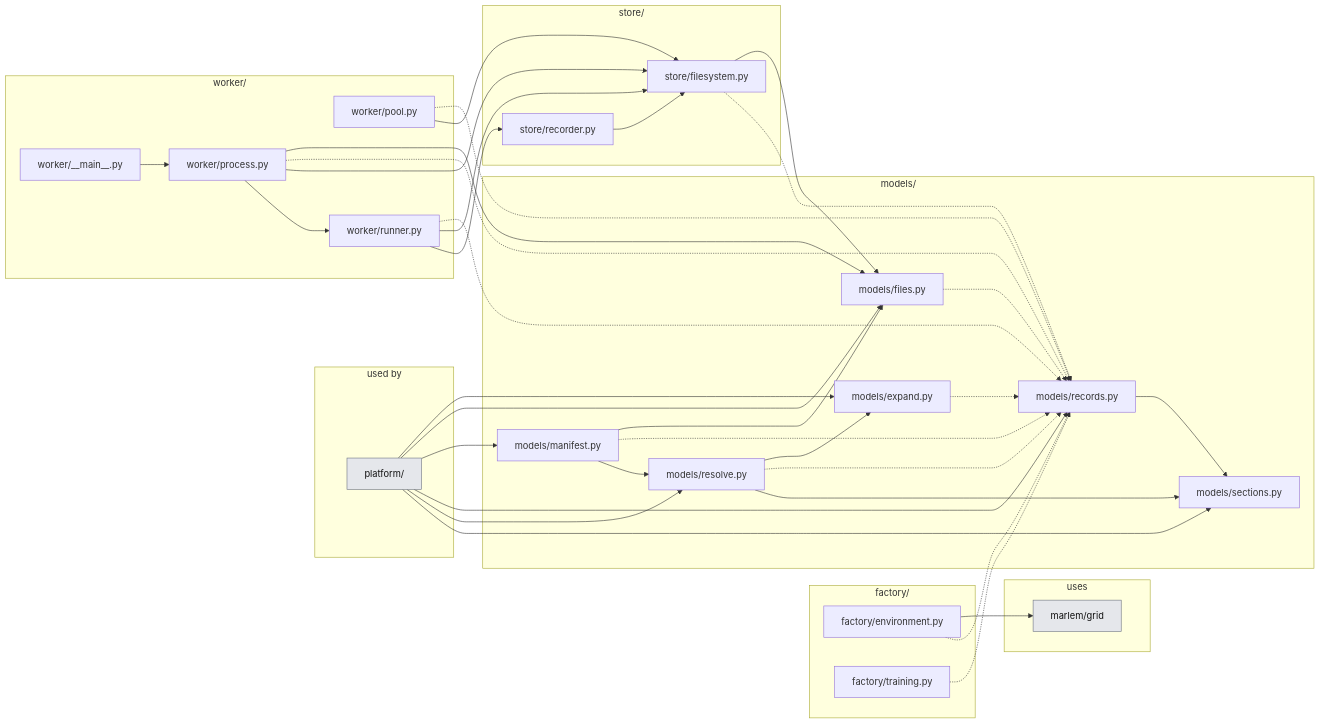
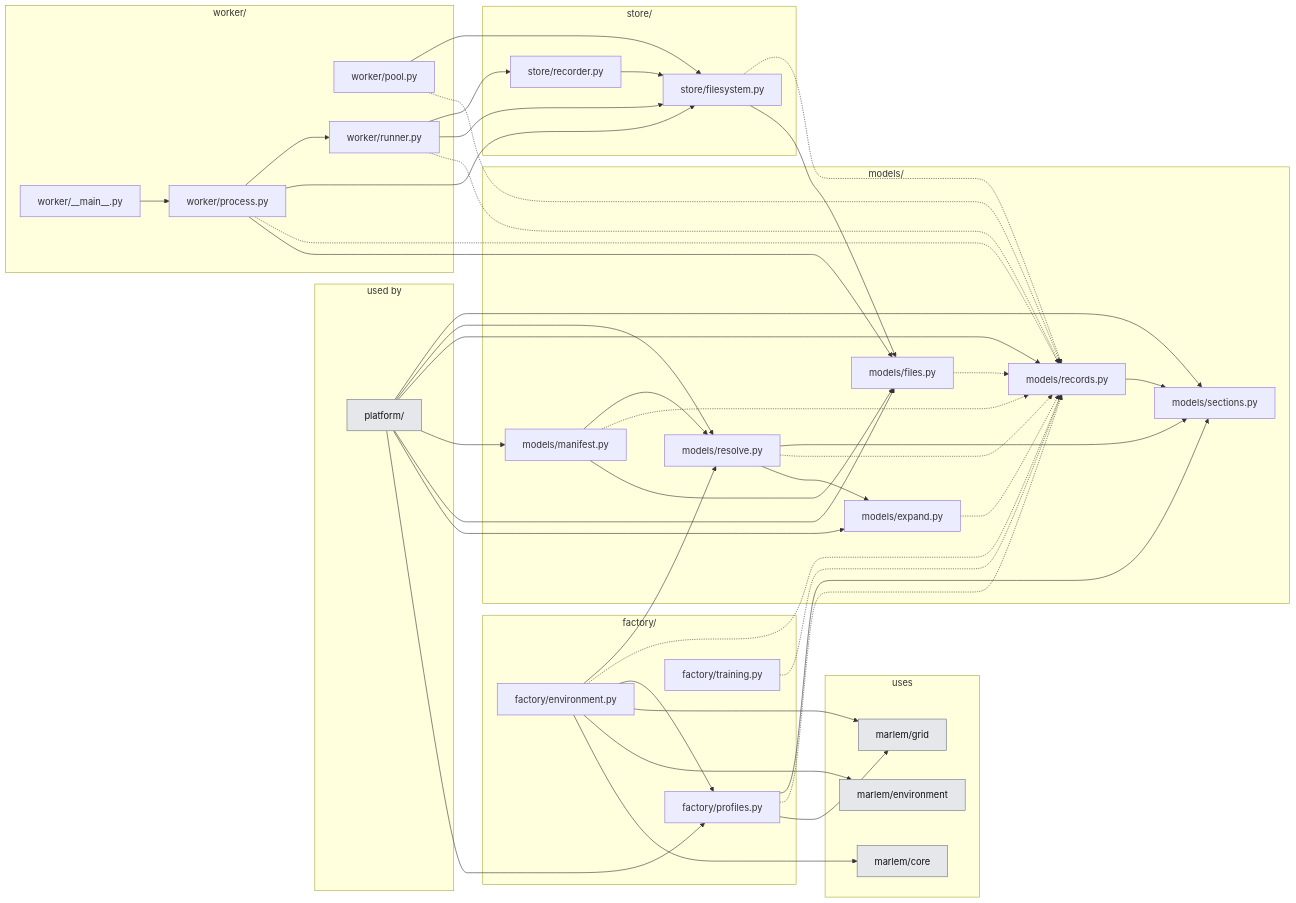
Before and after one commit to KevinRapo/P2P-thesis: the second of 4 diagrams in docs_thesis/thesis/architecture/03-experiment-layer.md, drawn with Mermaid. The commit also changed 11 other files, not shown here.

````diff
--- a/docs_thesis/thesis/architecture/03-experiment-layer.md
+++ b/docs_thesis/thesis/architecture/03-experiment-layer.md
@@ -45,63 +45,74 @@
 ```mermaid
 flowchart LR
   subgraph USERS["used by"]
     n_platform__users_["platform/"]:::ext
   end
   subgraph g_factory["factory/"]
     n_platform_experiments_factory_environment["factory/environment.py"]
+    n_platform_experiments_factory_profiles["factory/profiles.py"]
     n_platform_experiments_factory_training["factory/training.py"]
   end
   subgraph g_models["models/"]
     n_platform_experiments_models_expand["models/expand.py"]
     n_platform_experiments_models_files["models/files.py"]
     n_platform_experiments_models_manifest["models/manifest.py"]
     n_platform_experiments_models_records["models/records.py"]
     n_platform_experiments_models_resolve["models/resolve.py"]
     n_platform_experiments_models_sections["models/sections.py"]
   end
   subgraph g_store["store/"]
     n_platform_experiments_store_filesystem["store/filesystem.py"]
     n_platform_experiments_store_recorder["store/recorder.py"]
   end
   subgraph g_worker["worker/"]
     n_platform_experiments_worker___main__["worker/__main__.py"]
     n_platform_experiments_worker_pool["worker/pool.py"]
     n_platform_experiments_worker_process["worker/process.py"]
     n_platform_experiments_worker_runner["worker/runner.py"]
   end
   subgraph USES["uses"]
+    n_marlem_core["marlem/core"]:::ext
+    n_marlem_environment["marlem/environment"]:::ext
     n_marlem_grid["marlem/grid"]:::ext
   end
+  n_platform__users_ --> n_platform_experiments_factory_profiles
   n_platform__users_ --> n_platform_experiments_models_expand
   n_platform__users_ --> n_platform_experiments_models_files
   n_platform__users_ --> n_platform_experiments_models_manifest
   n_platform__users_ --> n_platform_experiments_models_records
   n_platform__users_ --> n_platform_experiments_models_resolve
   n_platform__users_ --> n_platform_experiments_models_sections
+  n_platform_experiments_factory_environment --> n_marlem_core
+  n_platform_experiments_factory_environment --> n_marlem_environment
   n_platform_experiments_factory_environment --> n_marlem_grid
+  n_platform_experiments_factory_environment --> n_platform_experiments_factory_profiles
   n_platform_experiments_factory_environment -.-> n_platform_experiments_models_records
+  n_platform_experiments_factory_environment --> n_platform_experiments_models_resolve
+  n_platform_experiments_factory_profiles --> n_marlem_grid
+  n_platform_experiments_factory_profiles -.-> n_platform_experiments_models_records
+  n_platform_experiments_factory_profiles --> n_platform_experiments_models_sections
   n_platform_experiments_factory_training -.-> n_platform_experiments_models_records
   n_platform_experiments_models_expand -.-> n_platform_experiments_models_records
   n_platform_experiments_models_files -.-> n_platform_experiments_models_records
   n_platform_experiments_models_manifest --> n_platform_experiments_models_files
   n_platform_experiments_models_manifest -.-> n_platform_experiments_models_records
   n_platform_experiments_models_manifest --> n_platform_experiments_models_resolve
   n_platform_experiments_models_records --> n_platform_experiments_models_sections
   n_platform_experiments_models_resolve --> n_platform_experiments_models_expand
   n_platform_experiments_models_resolve -.-> n_platform_experiments_models_records
   n_platform_experiments_models_resolve --> n_platform_experiments_models_sections
   n_platform_experiments_store_filesystem --> n_platform_experiments_models_files
   n_platform_experiments_store_filesystem -.-> n_platform_experiments_models_records
   n_platform_experiments_store_recorder --> n_platform_experiments_store_filesystem
   n_platform_experiments_worker___main__ --> n_platform_experiments_worker_process
   n_platform_experiments_worker_pool -.-> n_platform_experiments_models_records
   n_platform_experiments_worker_pool --> n_platform_experiments_store_filesystem
   n_platform_experiments_worker_process --> n_platform_experiments_models_files
   n_platform_experiments_worker_process -.-> n_platform_experiments_models_records
   n_platform_experiments_worker_process --> n_platform_experiments_store_filesystem
   n_platform_experiments_worker_process --> n_platform_experiments_worker_runner
   n_platform_experiments_worker_runner -.-> n_platform_experiments_models_records
   n_platform_experiments_worker_runner --> n_platform_experiments_store_filesystem
   n_platform_experiments_worker_runner --> n_platform_experiments_store_recorder
   classDef ext fill:#e5e7eb,stroke:#6b7280,color:#111
 ```
````
